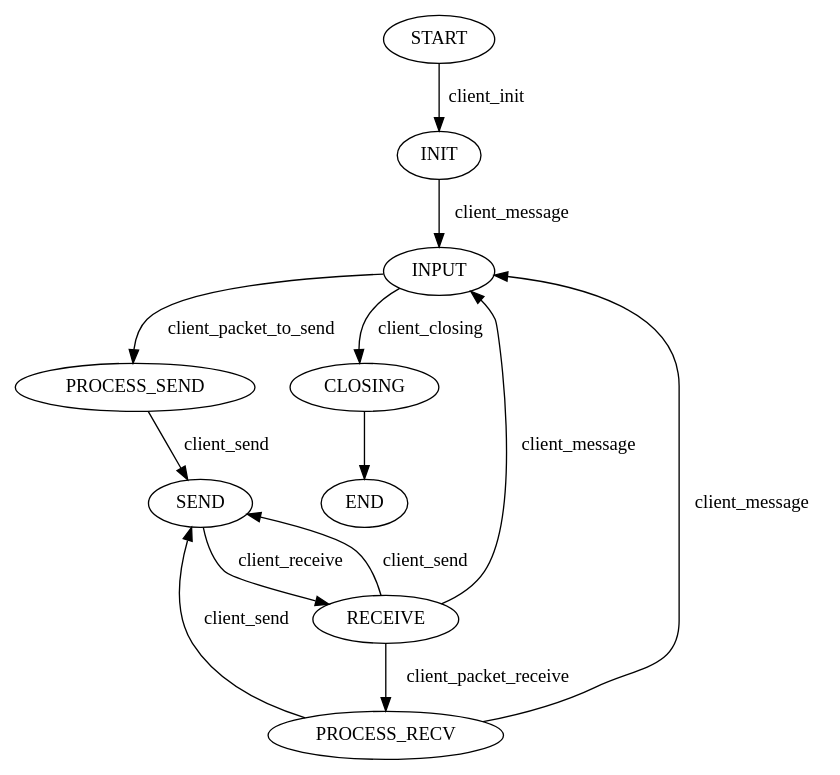
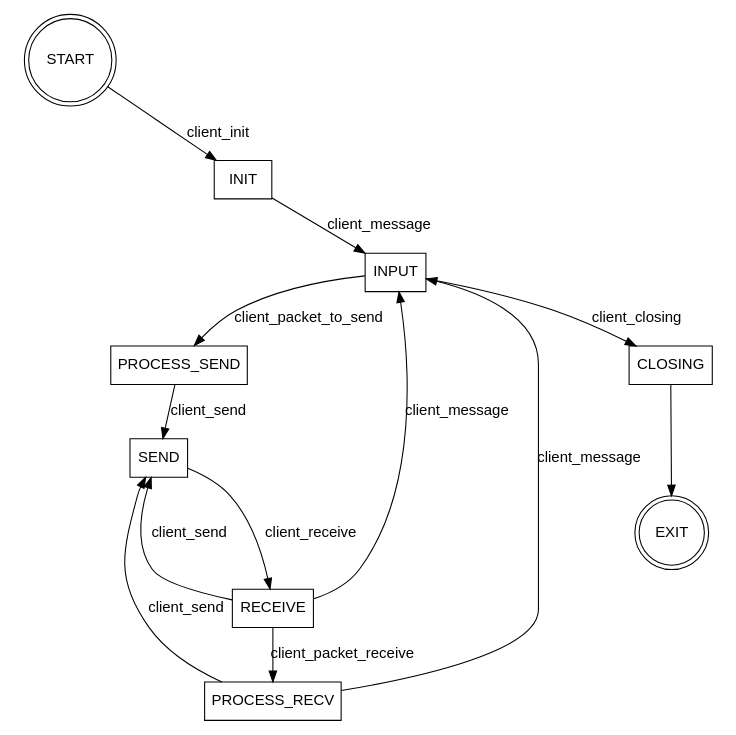
The diagram in client/client.gv (ty-salto/COMP7005-proj-UDP), drawn with Graphviz before and after one commit. The commit also changed 4 other files, not shown here.

```diff
--- a/client/client.gv
+++ b/client/client.gv
@@ -1,20 +1,28 @@
-digraph StateMachine {
+// https://dreampuf.github.io/GraphvizOnline/
+digraph client_statemachine {
+    fontname="Helvetica,Arial,sans-serif"
+    node [fontname="Helvetica,Arial,sans-serif"]
+    edge [fontname="Helvetica,Arial,sans-serif"]
+    rankdir=TB;
+    size="7.5,7.5";
+    ratio="fill";
+    node [shape = doublecircle]; START, EXIT;
+    node [shape = box];
     START -> INIT [label="client_init"];
     INIT -> INPUT [label="client_message"];
     INPUT -> PROCESS_SEND [label="client_packet_to_send"];
     INPUT -> CLOSING [label="client_closing"];
     PROCESS_SEND -> SEND [label="client_send"];
     SEND -> RECEIVE [label="client_receive"];
     RECEIVE -> SEND [label="client_send"];
     RECEIVE -> INPUT [label="client_message"];
     RECEIVE -> PROCESS_RECV [label="client_packet_receive"];
     PROCESS_RECV -> INPUT [label="client_message"];
     PROCESS_RECV -> SEND [label="client_send"];
-    CLOSING -> END
+    CLOSING -> EXIT;
 
-
-    
-   
-   
-   
+    // Attempt to influence START placement
+    edge [style=invis]; // Make an edge invisible
+    START -> PROCESS_RECV;
+    EXIT -> PROCESS_RECV;
 }
```
